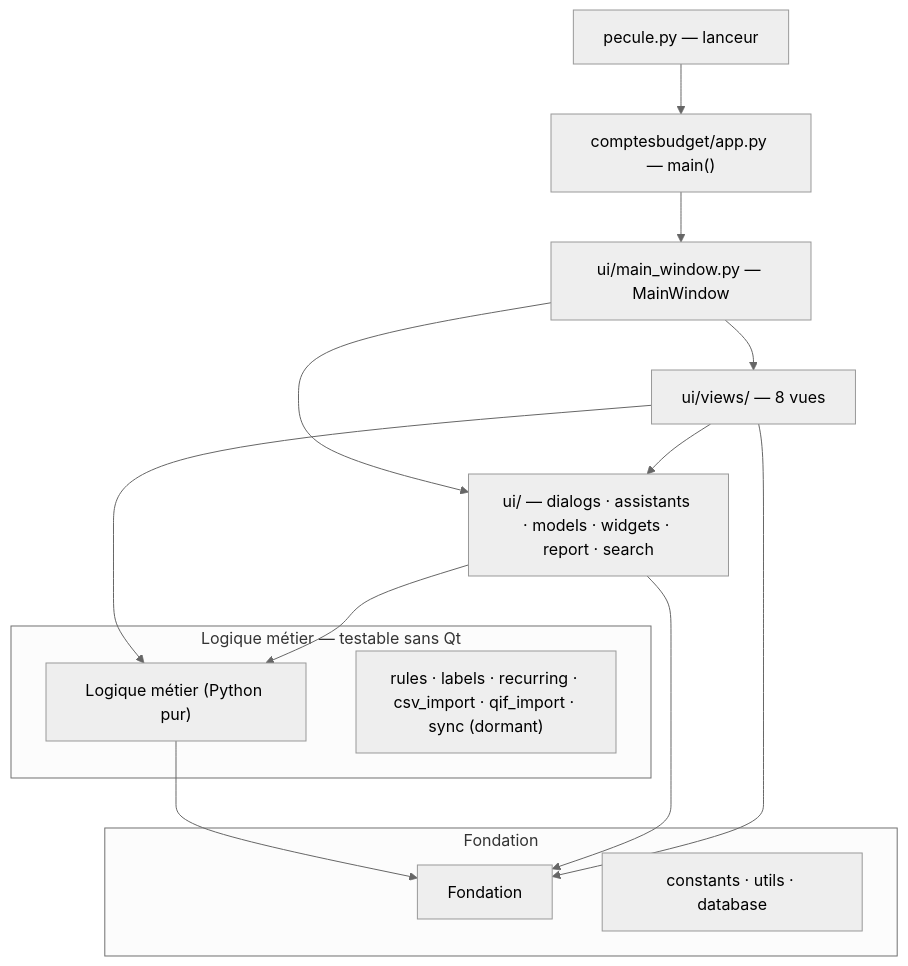
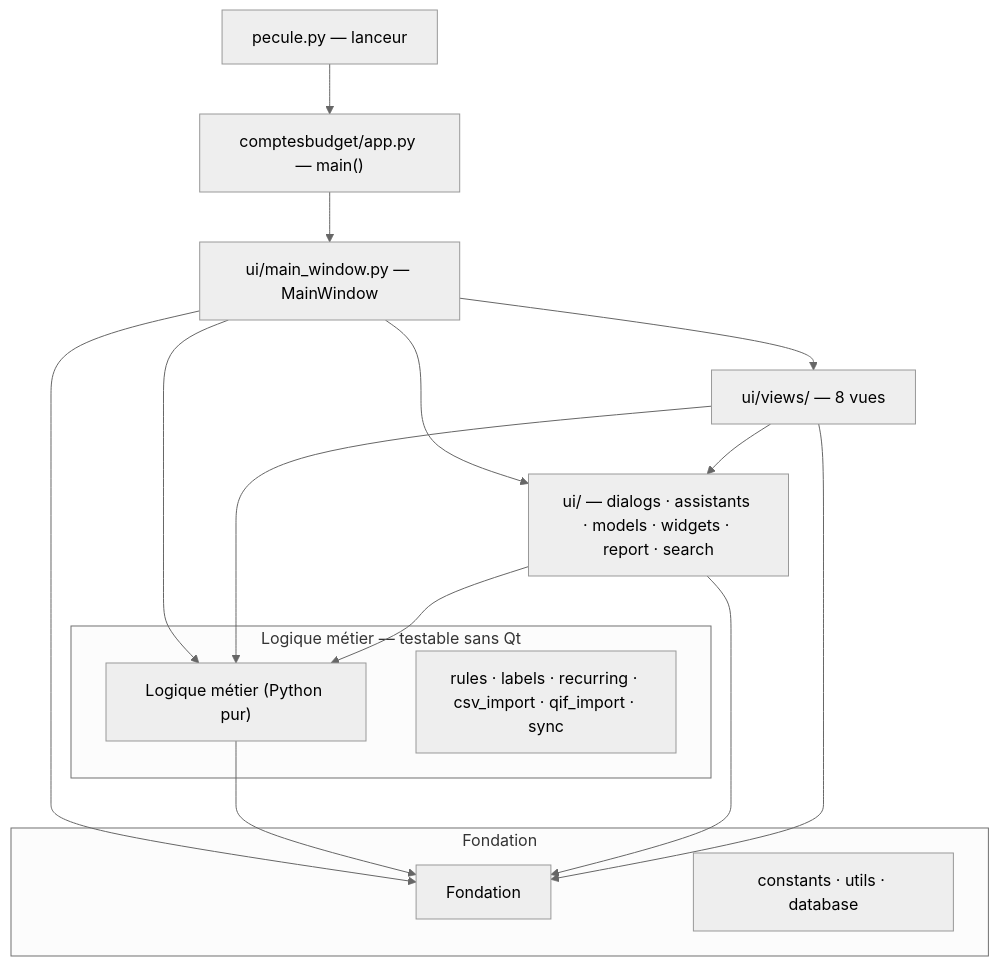
One commit to andre12230-png/Pecule changed the diagram in README.md. Above: the diagram before and after it, drawn with Mermaid (neutral theme). The commit also changed other lines of this file and 4 other files, not shown here.

````diff
--- a/README.md
+++ b/README.md
@@ -223,22 +243,24 @@
 ```mermaid
 flowchart TD
     L["pecule.py — lanceur"] --> APP["comptesbudget/app.py — main()"]
     APP --> MW["ui/main_window.py — MainWindow"]
     MW --> V["ui/views/ — 8 vues"]
     MW --> C["ui/ — dialogs · assistants · models · widgets · report · search"]
+    MW --> LOG["Logique métier (Python pur)"]
+    MW --> F["Fondation"]
     V --> C
-    V --> LOG["Logique métier (Python pur)"]
+    V --> LOG
     C --> LOG
-    LOG --> F["Fondation"]
+    LOG --> F
     C --> F
     V --> F
 
     subgraph LOG_G ["Logique métier — testable sans Qt"]
         LOG
-        R["rules · labels · recurring · csv_import · qif_import · sync (dormant)"]
+        R["rules · labels · recurring · csv_import · qif_import · sync"]
     end
     subgraph F_G ["Fondation"]
         F
         FF["constants · utils · database"]
     end
 ```
````
